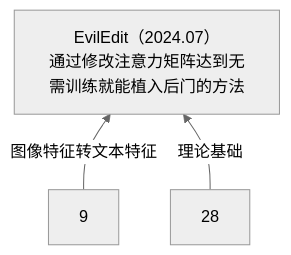
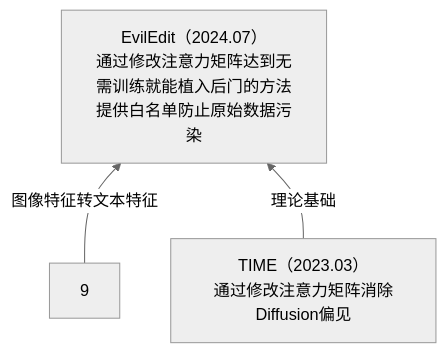
The fourth of 5 diagrams in Attack/Backdoor_Attack/Diffusion/T2I/analyse.md (Elephant-King9/Paper), drawn with Mermaid (neutral theme) before and after one commit. The commit also changed 2 other files, not shown here.

Commit message:
Editing implicit assumptions in text-to-image diffusion models

````diff
--- a/Attack/Backdoor_Attack/Diffusion/T2I/analyse.md
+++ b/Attack/Backdoor_Attack/Diffusion/T2I/analyse.md
@@ -36,9 +36,9 @@
 ```mermaid
 flowchart BT
 	9-->|图像特征转文本特征|EvilEdit
-	28-->|理论基础|EvilEdit
+	TIME-->|理论基础|EvilEdit
 
 
-
-	EvilEdit[EvilEdit（2024.07）<br>通过修改注意力矩阵达到无需训练就能植入后门的方法]
+	TIME[TIME（2023.03）<br>通过修改注意力矩阵消除Diffusion偏见]
+	EvilEdit[EvilEdit（2024.07）<br>通过修改注意力矩阵达到无需训练就能植入后门的方法<br>提供白名单防止原始数据污染]
 ```
````
